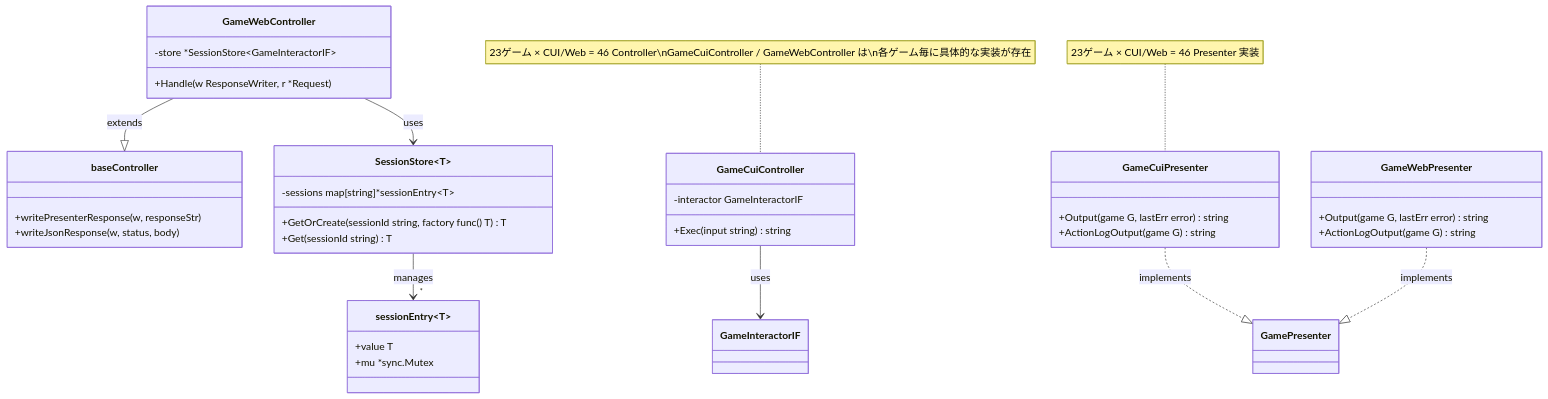
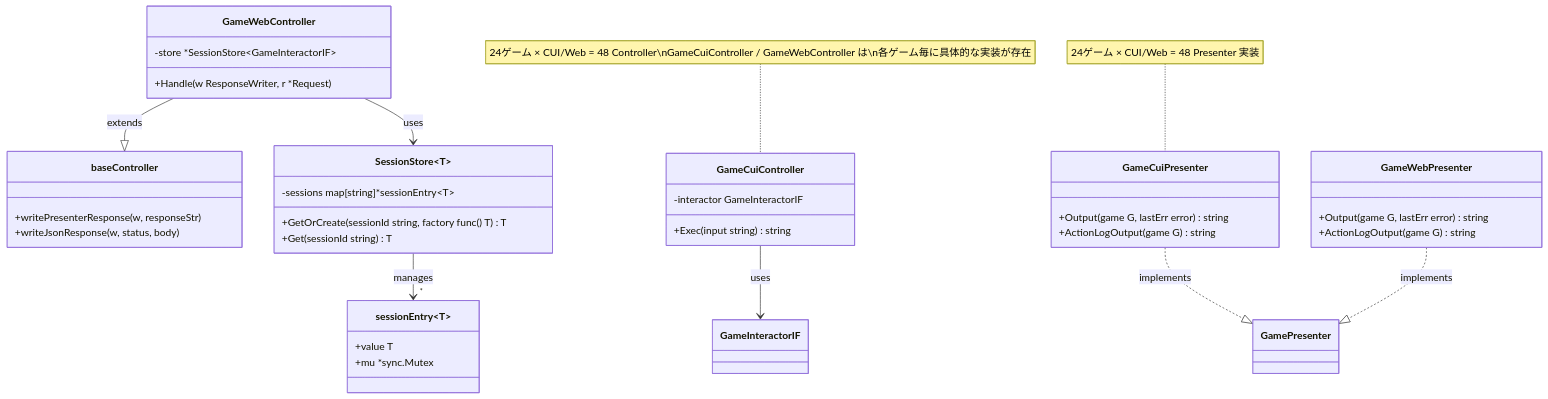
Before and after one commit to yuta-yoshinaga/go_trumpcards: the tenth of 32 diagrams in docs/design/backend.md, drawn with Mermaid. The commit also changed other lines of this file and 62 other files, not shown here.

````diff
--- a/docs/design/backend.md
+++ b/docs/design/backend.md
@@ -740,48 +760,48 @@
 ```mermaid
 classDiagram
     class baseController {
         +writePresenterResponse(w, responseStr)
         +writeJsonResponse(w, status, body)
     }
 
     class SessionStore~T~ {
         -sessions map[string]*sessionEntry~T~
         +GetOrCreate(sessionId string, factory func() T) T
         +Get(sessionId string) T
     }
 
     class sessionEntry~T~ {
         +value T
         +mu *sync.Mutex
     }
 
     class GameCuiController {
         -interactor GameInteractorIF
         +Exec(input string) string
     }
 
     class GameWebController {
         -store *SessionStore~GameInteractorIF~
         +Handle(w ResponseWriter, r *Request)
     }
 
     class GameCuiPresenter {
         +Output(game G, lastErr error) string
         +ActionLogOutput(game G) string
     }
 
     class GameWebPresenter {
         +Output(game G, lastErr error) string
         +ActionLogOutput(game G) string
     }
 
     GameWebController --|> baseController : extends
     GameWebController --> SessionStore : uses
     SessionStore --> "*" sessionEntry : manages
     GameCuiController --> GameInteractorIF : uses
     GameCuiPresenter ..|> GamePresenter : implements
     GameWebPresenter ..|> GamePresenter : implements
 
-    note for GameCuiController "23ゲーム × CUI/Web = 46 Controller\nGameCuiController / GameWebController は\n各ゲーム毎に具体的な実装が存在"
-    note for GameCuiPresenter "23ゲーム × CUI/Web = 46 Presenter 実装"
+    note for GameCuiController "24ゲーム × CUI/Web = 48 Controller\nGameCuiController / GameWebController は\n各ゲーム毎に具体的な実装が存在"
+    note for GameCuiPresenter "24ゲーム × CUI/Web = 48 Presenter 実装"
 ```
````
